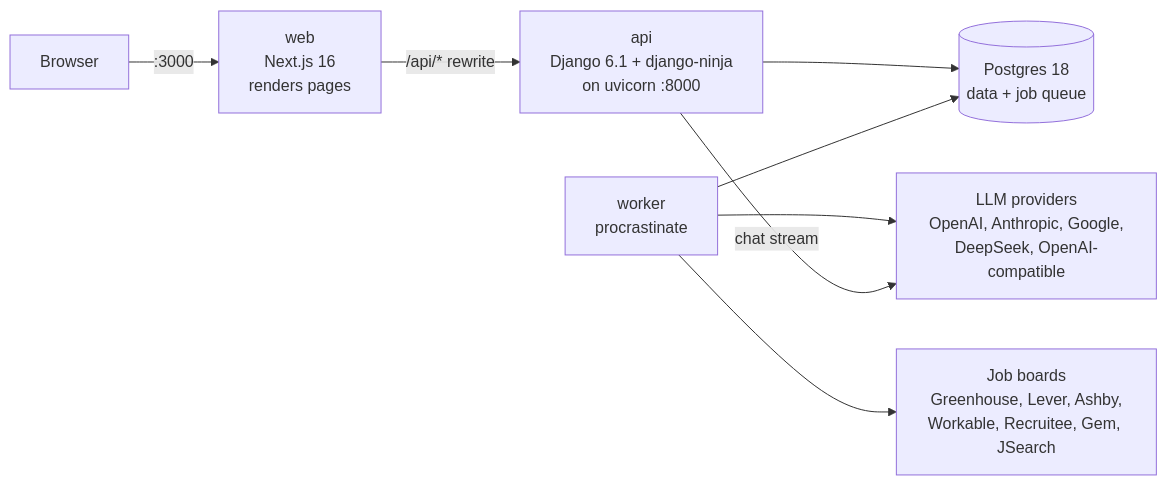
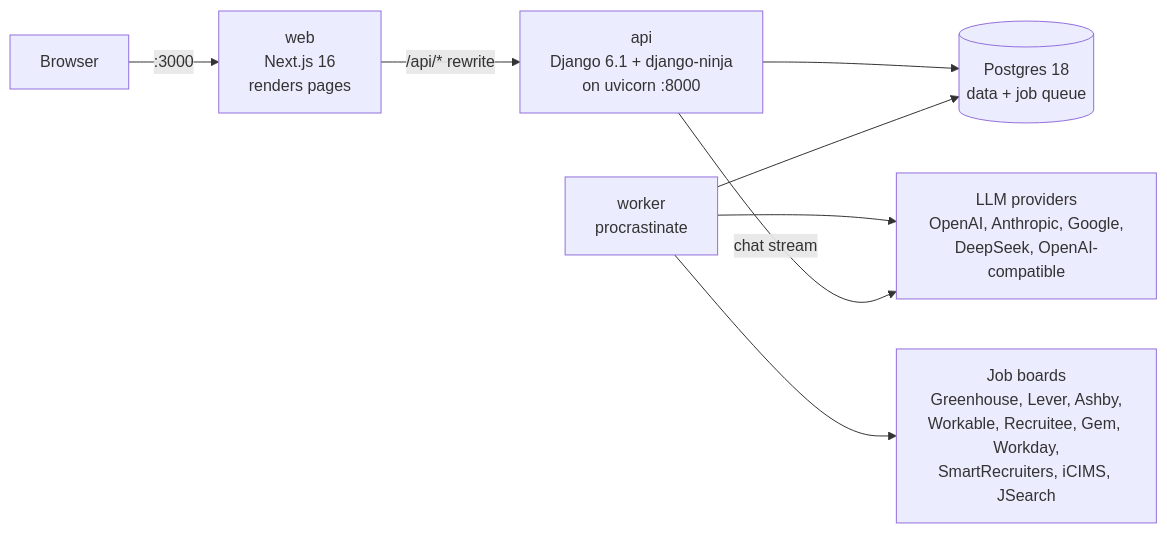
Before and after one commit to dcrew44/Foray: the second of 2 diagrams in README.md, drawn with Mermaid. The commit also changed other lines of this file and 54 other files, not shown here.

First line of the commit message:
Read Workday, SmartRecruiters and iCIMS boards

````diff
--- a/README.md
+++ b/README.md
@@ -134,10 +134,10 @@
 ```mermaid
 flowchart LR
     Browser -->|":3000"| Web["web<br/>Next.js 16<br/>renders pages"]
     Web -->|"/api/* rewrite"| Api["api<br/>Django 6.1 + django-ninja<br/>on uvicorn :8000"]
     Api --> DB[("Postgres 18<br/>data + job queue")]
     Worker["worker<br/>procrastinate"] --> DB
-    Worker --> Boards["Job boards<br/>Greenhouse, Lever, Ashby,<br/>Workable, Recruitee, Gem, JSearch"]
+    Worker --> Boards["Job boards<br/>Greenhouse, Lever, Ashby,<br/>Workable, Recruitee, Gem, Workday,<br/>SmartRecruiters, iCIMS, JSearch"]
     Worker --> LLM["LLM providers<br/>OpenAI, Anthropic, Google,<br/>DeepSeek, OpenAI-compatible"]
     Api -->|chat stream| LLM
 ```
````
